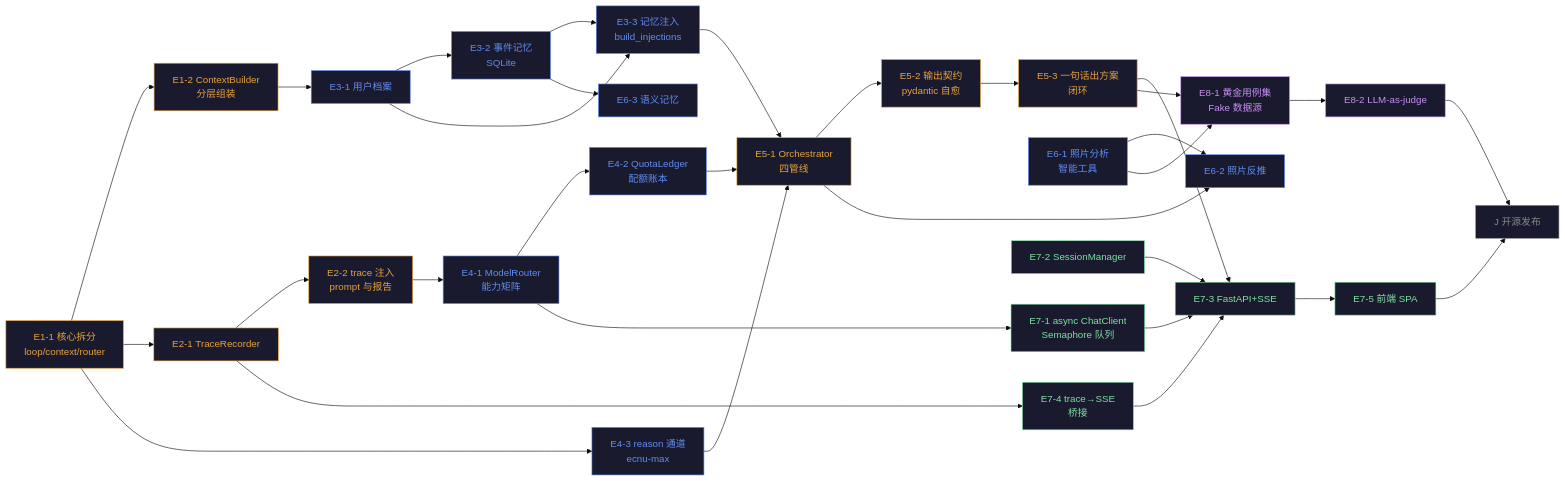
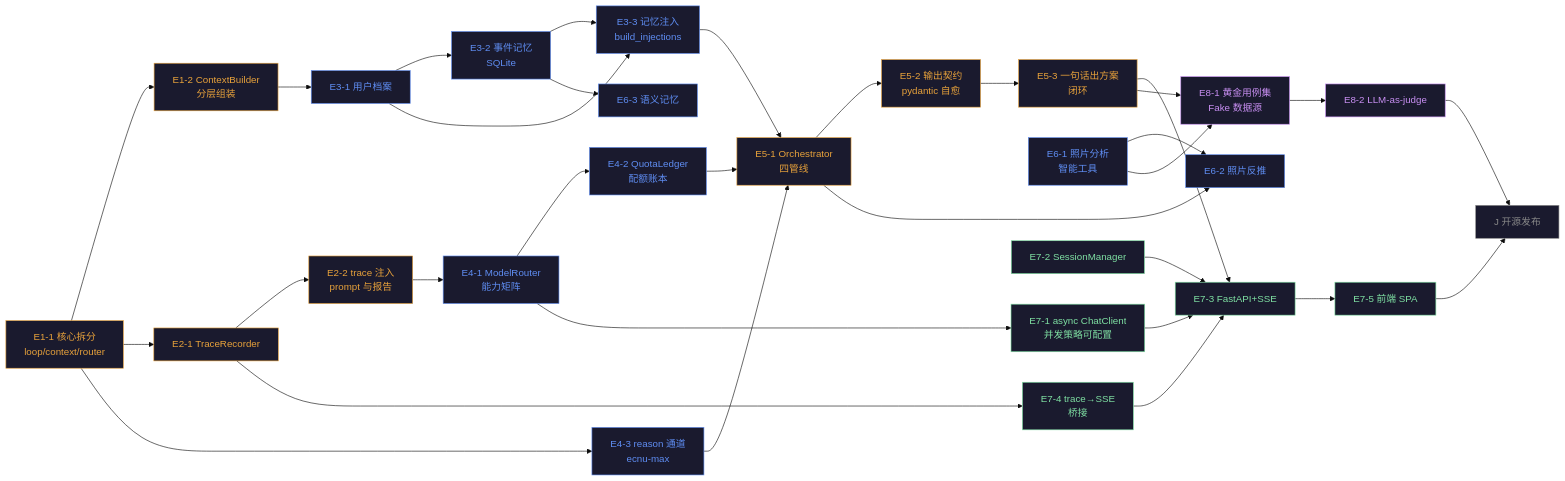
The diagram in docs/DEVELOPMENT-ROADMAP.md (North-Q/LightTrail), drawn with Mermaid (base theme) before and after one commit. The commit also changed other lines of this file and 17 other files, not shown here.

```diff
--- a/docs/DEVELOPMENT-ROADMAP.md
+++ b/docs/DEVELOPMENT-ROADMAP.md
@@ -96,7 +97,7 @@
     G1 --> G2
 
     %% 阶段五 E7
-    H1[E7-1 async ChatClient<br/>Semaphore 队列]
+    H1[E7-1 async ChatClient<br/>并发策略可配置]
     H2[E7-2 SessionManager]
     H3[E7-3 FastAPI+SSE]
     H4[E7-4 trace→SSE<br/>桥接]
```
